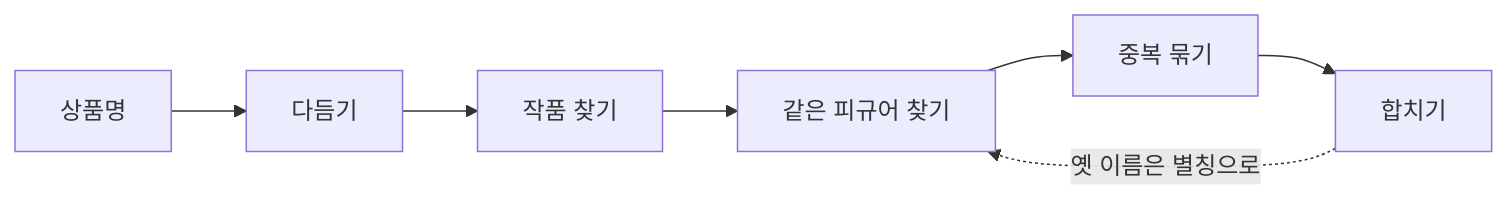
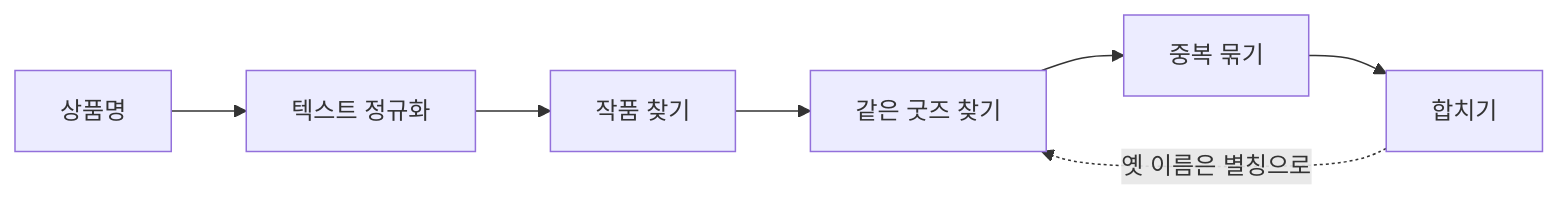
The third of 6 diagrams in content/posts/2026/11/07/bavelmo-goods-finder/index.md (DSeung001/dseung001.github.io), drawn with Mermaid before and after one commit. The commit also changed other lines of this file, not shown here.

````diff
--- a/content/posts/2026/11/07/bavelmo-goods-finder/index.md
+++ b/content/posts/2026/11/07/bavelmo-goods-finder/index.md
@@ -135,5 +132,5 @@
 ```mermaid
 flowchart LR
-  A["상품명"] --> B["다듬기"] --> C["작품 찾기"] --> D["같은 피규어 찾기"] --> E["중복 묶기"] --> G["합치기"]
+  A["상품명"] --> B["텍스트 정규화"] --> C["작품 찾기"] --> D["같은 굿즈 찾기"] --> E["중복 묶기"] --> G["합치기"]
   G -. "옛 이름은 별칭으로" .-> D
 ```
````
